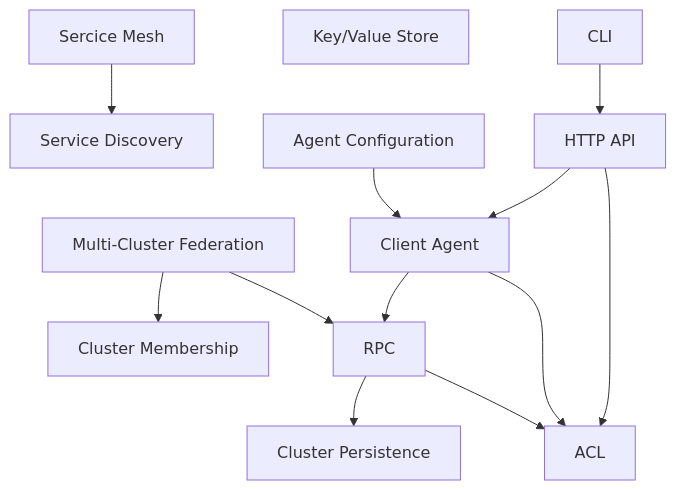
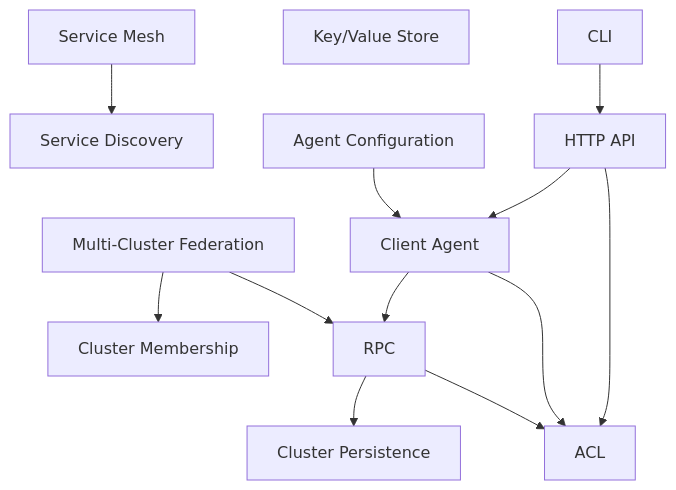
One commit to Fleklj1/consul changed the diagram in contributing/overview.mmd. Above: the diagram before and after it, drawn with Mermaid. The commit also changed 1 other file, not shown here.

Commit message:
Fix typo in overview diagram

```diff
--- a/contributing/overview.mmd
+++ b/contributing/overview.mmd
@@ -1,29 +1,29 @@
 graph TD
     
-    ServiceMesh[Sercice Mesh]
+    ServiceMesh[Service Mesh]
     ServiceDiscovery[Service Discovery]
     ClusterMembership[Cluster Membership]
     KV[Key/Value Store]
     MultiClusterFederation[Multi-Cluster Federation]
 
     ACL
     AgentConfiguration[Agent Configuration]
     ClientAgent[Client Agent]
     RPC
     ClusterPersistence[Cluster Persistence]
     CLI
     HTTPAPI[HTTP API]
 
     CLI --> HTTPAPI
     HTTPAPI --> ClientAgent
     HTTPAPI --> ACL
 
     AgentConfiguration --> ClientAgent
     ClientAgent --> RPC
     ClientAgent --> ACL
     RPC --> ClusterPersistence
     RPC --> ACL
 
     MultiClusterFederation --> ClusterMembership
     MultiClusterFederation --> RPC
     ServiceMesh --> ServiceDiscovery
```
